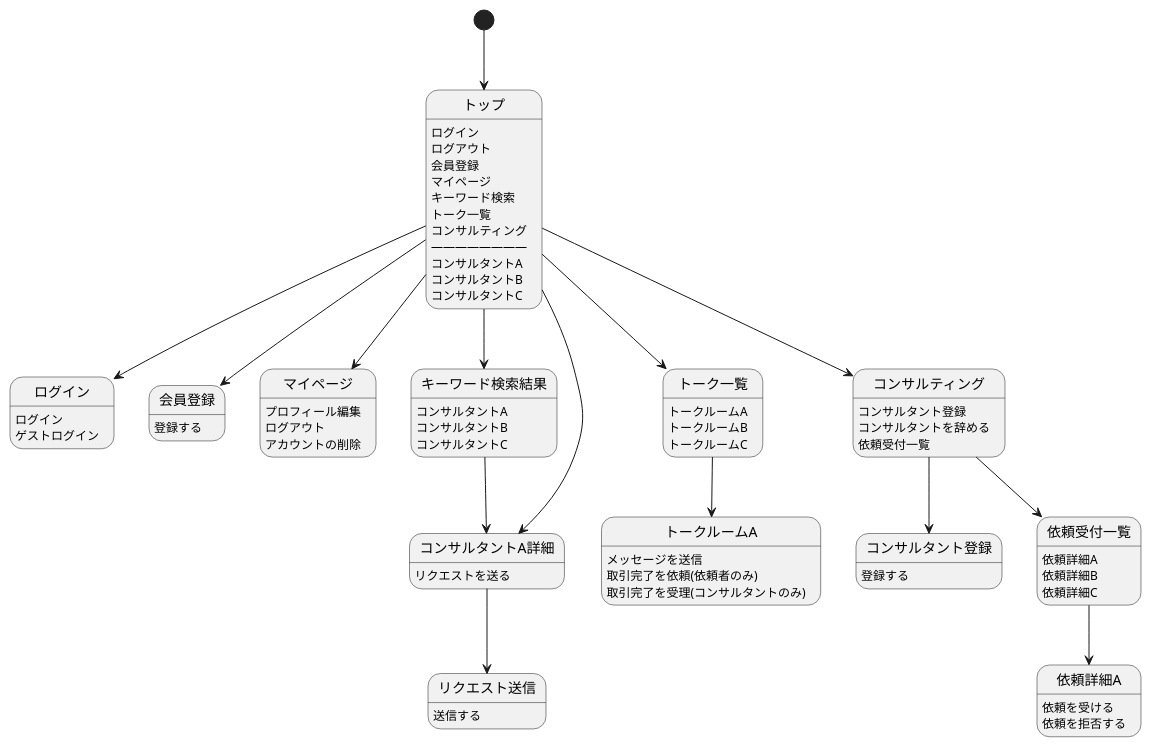
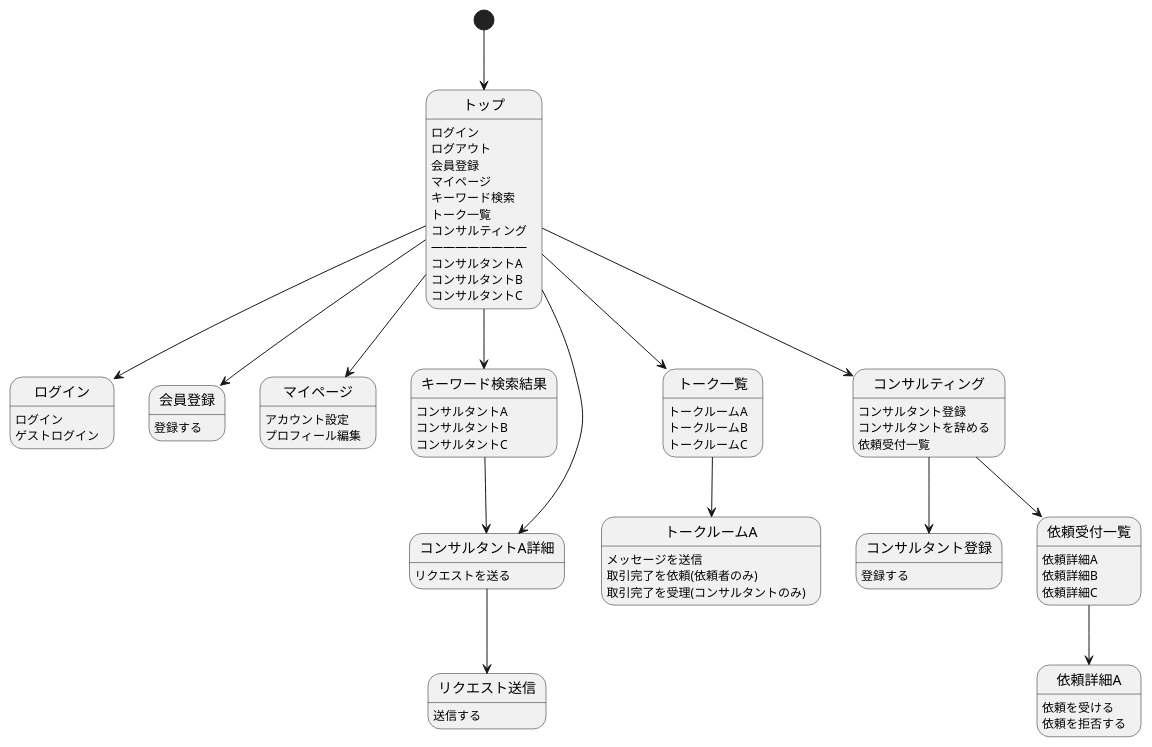
One commit to nobukofu69/origin-idea changed the diagram in documents/screen_flow_diagram.pu. Above: the diagram before and after it, drawn with PlantUML. The commit also changed 1 other file, not shown here.

Commit message:
screen_flow_diagramを修正

```diff
--- a/documents/screen_flow_diagram.pu
+++ b/documents/screen_flow_diagram.pu
@@ -1,68 +1,67 @@
 @startuml
 
 [*] --> トップ
 トップ : ログイン
 トップ : ログアウト
 トップ : 会員登録
 トップ : マイページ
 トップ : キーワード検索
 トップ : トーク一覧
 トップ : コンサルティング
 トップ : ――――――――
 トップ : コンサルタントA
 トップ : コンサルタントB
 トップ : コンサルタントC
 トップ --> ログイン
 トップ --> 会員登録
 トップ --> マイページ
 トップ --> キーワード検索結果
 トップ --> トーク一覧
 トップ --> コンサルティング
 トップ --> コンサルタントA詳細
 
 ログイン : ログイン
 ログイン : ゲストログイン
 
 会員登録 : 登録する
 
+マイページ : アカウント設定
 マイページ : プロフィール編集
-マイページ : ログアウト
-マイページ : アカウントの削除
 
 キーワード検索結果: コンサルタントA
 キーワード検索結果: コンサルタントB
 キーワード検索結果: コンサルタントC
 キーワード検索結果 --> コンサルタントA詳細
 
 コンサルタントA詳細 : リクエストを送る
 コンサルタントA詳細 --> リクエスト送信
 
 リクエスト送信 : 送信する
 
 コンサルティング : コンサルタント登録
 コンサルティング : コンサルタントを辞める
 コンサルティング : 依頼受付一覧
 コンサルティング --> コンサルタント登録
 コンサルティング --> 依頼受付一覧
 
 
 コンサルタント登録 : 登録する 
 
 トーク一覧 :トークルームA
 トーク一覧 :トークルームB
 トーク一覧 :トークルームC
 トーク一覧 --> トークルームA
 
 トークルームA : メッセージを送信
 トークルームA : 取引完了を依頼(依頼者のみ)
 トークルームA : 取引完了を受理(コンサルタントのみ)
 
 依頼受付一覧 : 依頼詳細A
 依頼受付一覧 : 依頼詳細B
 依頼受付一覧 : 依頼詳細C
 依頼受付一覧 --> 依頼詳細A
 
 依頼詳細A : 依頼を受ける
 依頼詳細A : 依頼を拒否する
 
 @enduml
```
